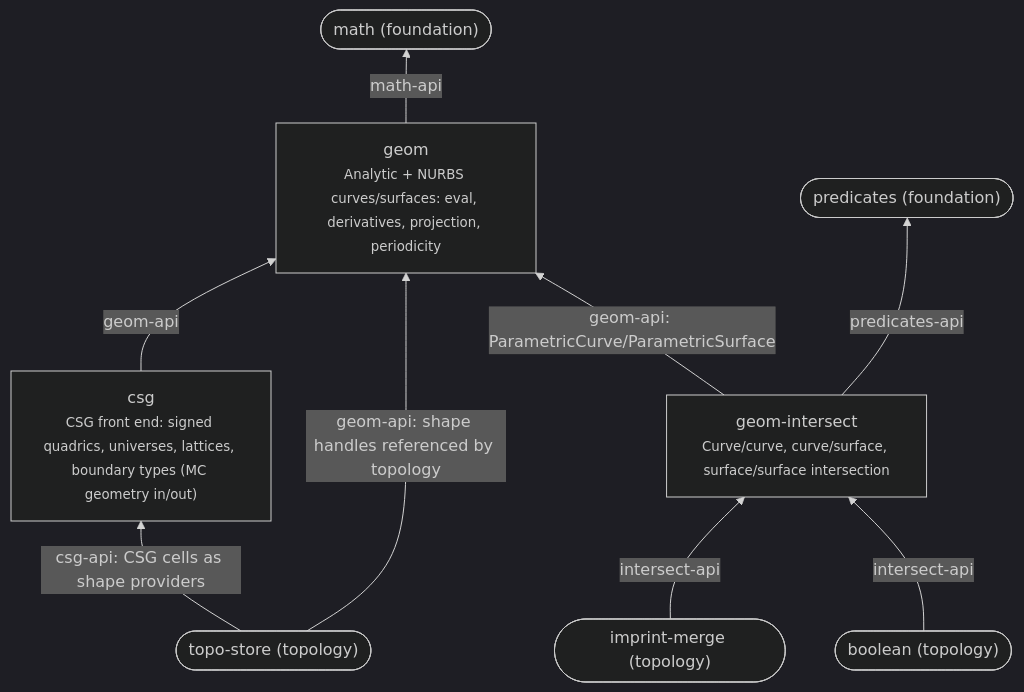
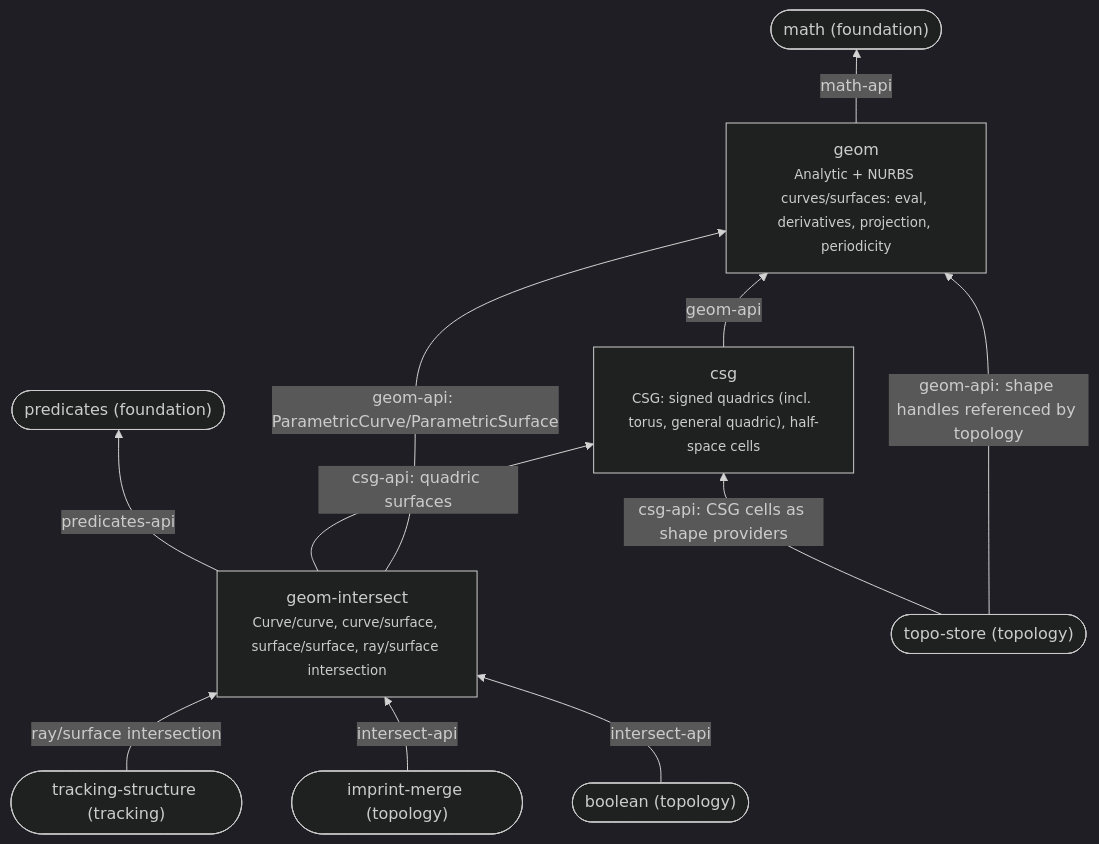
One commit to deOliveira-R/smart-mesher changed the diagram in docs/graph/shape.mmd. Above: the diagram before and after it, drawn with Mermaid (dark theme). The commit also changed 14 other files, not shown here.

First line of the commit message:
design: model layer with coloring, deck boundaries, symmetry; tracking structure; graph v2; model roles

```diff
--- a/docs/graph/shape.mmd
+++ b/docs/graph/shape.mmd
@@ -1,18 +1,21 @@
 graph BT
-  csg["csg<br/><small>CSG front end: signed quadrics, universes, lattices, boundary types (MC geometry in/out)</small>"]
+  csg["csg<br/><small>CSG: signed quadrics (incl. torus, general quadric), half-space cells</small>"]
   geom["geom<br/><small>Analytic + NURBS curves/surfaces: eval, derivatives, projection, periodicity</small>"]
-  geom_intersect["geom-intersect<br/><small>Curve/curve, curve/surface, surface/surface intersection</small>"]
+  geom_intersect["geom-intersect<br/><small>Curve/curve, curve/surface, surface/surface, ray/surface intersection</small>"]
   math(["math (foundation)"])
   geom -->|math-api| math
+  csg -->|geom-api| geom
   geom_intersect -->|geom-api: ParametricCurve/ParametricSurface| geom
+  geom_intersect -->|csg-api: quadric surfaces| csg
   predicates(["predicates (foundation)"])
   geom_intersect -->|predicates-api| predicates
   topo_store(["topo-store (topology)"])
   topo_store -->|geom-api: shape handles referenced by topology| geom
+  topo_store(["topo-store (topology)"])
+  topo_store -->|csg-api: CSG cells as shape providers| csg
   boolean(["boolean (topology)"])
   boolean -->|intersect-api| geom_intersect
   imprint_merge(["imprint-merge (topology)"])
   imprint_merge -->|intersect-api| geom_intersect
-  csg -->|geom-api| geom
-  topo_store(["topo-store (topology)"])
-  topo_store -->|csg-api: CSG cells as shape providers| csg
+  tracking_structure(["tracking-structure (tracking)"])
+  tracking_structure -->|ray/surface intersection| geom_intersect
```
